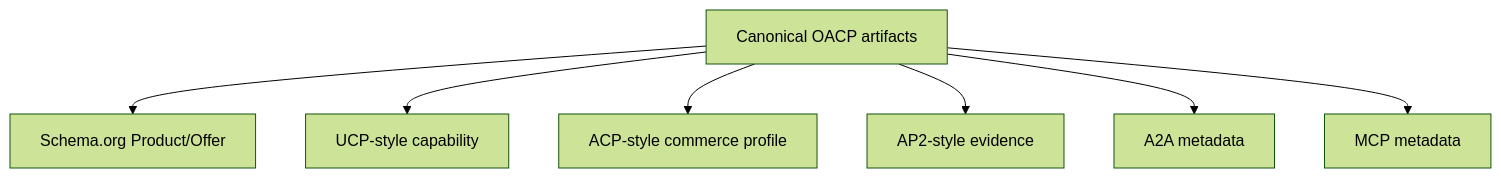
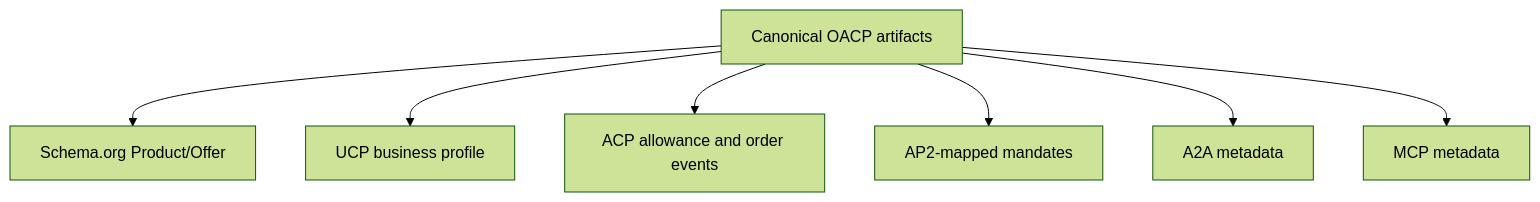
Before and after one commit to mishrasanjeev/grantex: the diagram in docs/blog/oacp-maps-to-protocols.mdx, drawn with Mermaid (forest theme). The commit also changed other lines of this file and 37 other files, not shown here.

````diff
--- a/docs/blog/oacp-maps-to-protocols.mdx
+++ b/docs/blog/oacp-maps-to-protocols.mdx
@@ -17,9 +20,9 @@
 ```mermaid
 flowchart TD
   oacp[Canonical OACP artifacts] --> schema[Schema.org Product/Offer]
-  oacp --> ucp[UCP-style capability]
-  oacp --> acp[ACP-style commerce profile]
-  oacp --> ap2[AP2-style evidence]
+  oacp --> ucp[UCP business profile]
+  oacp --> acp[ACP allowance and order events]
+  oacp --> ap2[AP2-mapped mandates]
   oacp --> a2a[A2A metadata]
   oacp --> mcp[MCP metadata]
 ```
````
